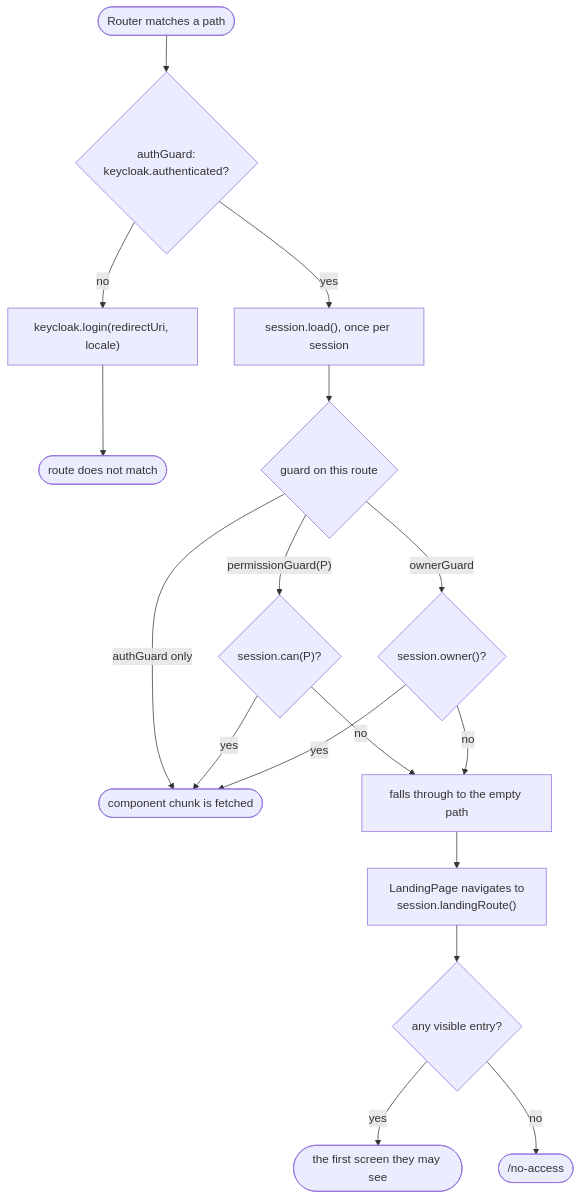
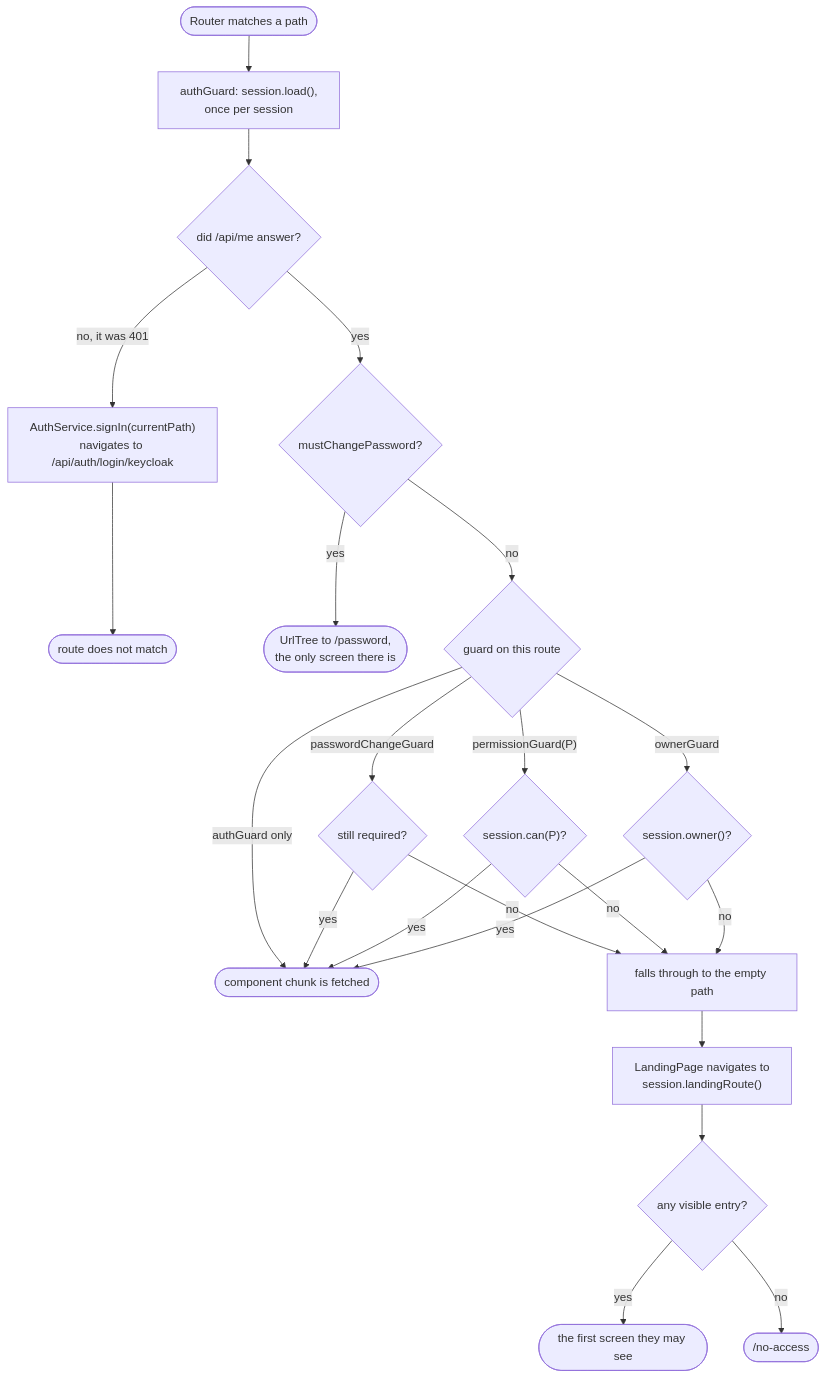
Before and after one commit to stephane-nganou/building-management-systems: diagram 17 of 19 in docs/ARCHITECTURE_DIAGRAMS.md, drawn with Mermaid. The commit also changed other lines of this file and 58 other files, not shown here.

````diff
--- a/docs/ARCHITECTURE_DIAGRAMS.md
+++ b/docs/ARCHITECTURE_DIAGRAMS.md
@@ -1019,19 +1125,24 @@
 ```mermaid
 flowchart TB
-    start(["Router matches a path"]) --> auth{"authGuard:<br/>keycloak.authenticated?"}
-    auth -->|no| login["keycloak.login(redirectUri, locale)"]
+    start(["Router matches a path"]) --> load["authGuard: session.load(),<br/>once per session"]
+    load --> signed{"did /api/me answer?"}
+    signed -->|"no, it was 401"| login["AuthService.signIn(currentPath)<br/>navigates to /api/auth/login/keycloak"]
     login --> stop1(["route does not match"])
-    auth -->|yes| load["session.load(), once per session"]
-    load --> kind{"guard on this route"}
+    signed -->|yes| handed{"mustChangePassword?"}
+    handed -->|yes| pw(["UrlTree to /password,<br/>the only screen there is"])
+    handed -->|no| kind{"guard on this route"}
     kind -->|"permissionGuard(P)"| perm{"session.can(P)?"}
     kind -->|"ownerGuard"| own{"session.owner()?"}
     kind -->|"authGuard only"| ok(["component chunk is fetched"])
+    kind -->|"passwordChangeGuard"| pwdone{"still required?"}
+    pwdone -->|yes| ok
+    pwdone -->|no| fall
     perm -->|yes| ok
     own -->|yes| ok
     perm -->|no| fall["falls through to the empty path"]
     own -->|no| fall
     fall --> landing["LandingPage navigates to<br/>session.landingRoute()"]
     landing --> first{"any visible entry?"}
     first -->|yes| firstpage(["the first screen they may see"])
     first -->|no| noaccess(["/no-access"])
 ```
````
